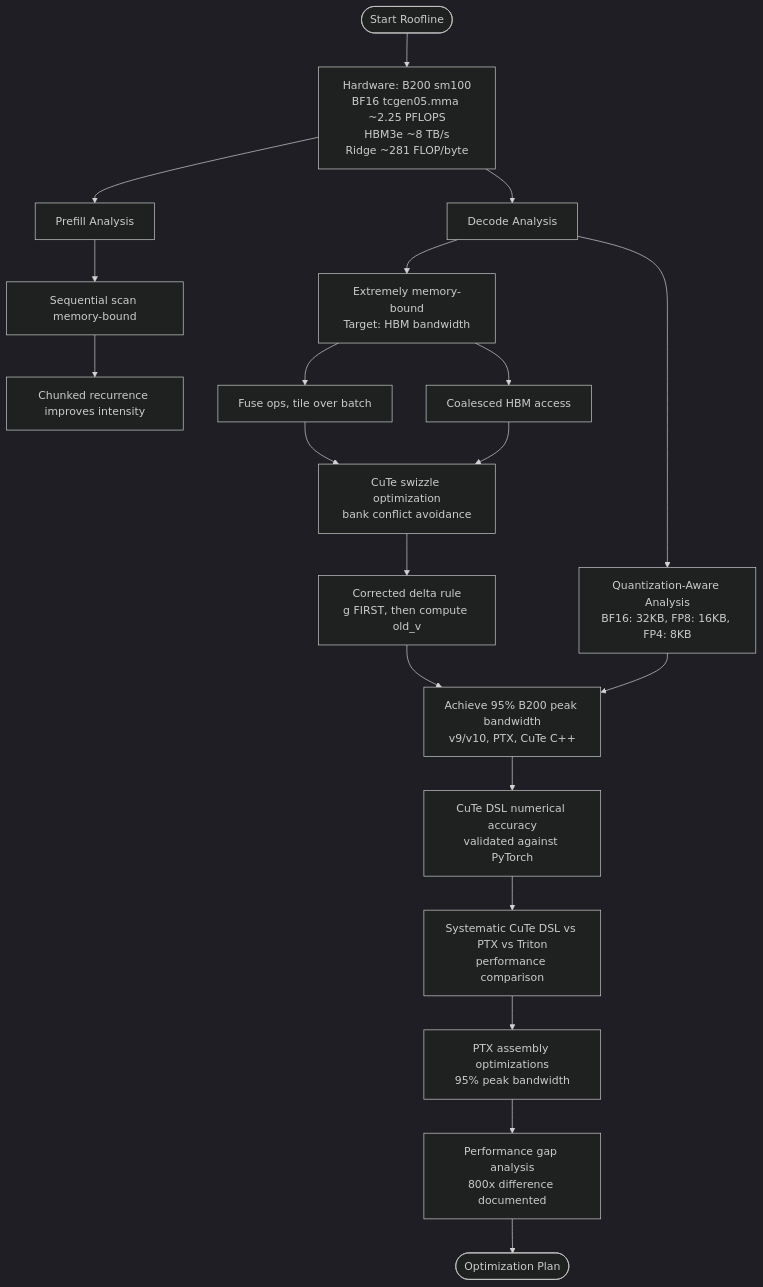
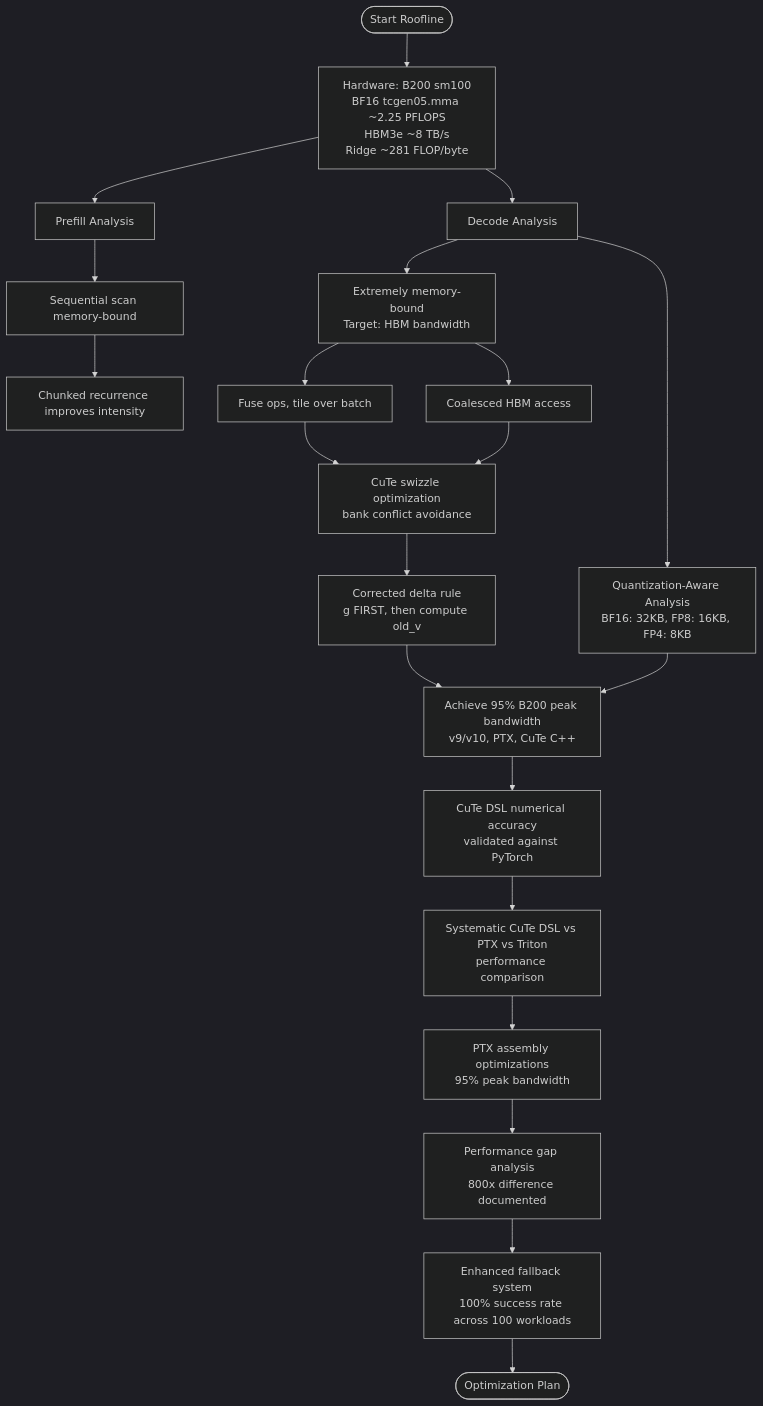
Before and after one commit to gugudeshubao/flashinfer-bench-tma-thrust: diagram 16 of 18 in .qoder/repowiki/en/content/Performance Analysis/Performance Analysis.md, drawn with Mermaid (dark theme). The commit also changed other lines of this file and 46 other files, not shown here.

````diff
--- a/.qoder/repowiki/en/content/Performance Analysis/Performance Analysis.md
+++ b/.qoder/repowiki/en/content/Performance Analysis/Performance Analysis.md
@@ -986,22 +1135,23 @@
 ```mermaid
 flowchart TD
 Start(["Start Roofline"]) --> HW["Hardware: B200 sm100<br/>BF16 tcgen05.mma ~2.25 PFLOPS<br/>HBM3e ~8 TB/s<br/>Ridge ~281 FLOP/byte"]
 HW --> Decode["Decode Analysis"]
 HW --> Prefill["Prefill Analysis"]
 Decode --> MemBound["Extremely memory-bound<br/>Target: HBM bandwidth"]
 Decode --> Quant["Quantization-Aware Analysis<br/>BF16: 32KB, FP8: 16KB, FP4: 8KB"]
 Prefill --> SeqScan["Sequential scan memory-bound"]
 SeqScan --> Chunk["Chunked recurrence improves intensity"]
 MemBound --> Opt1["Fuse ops, tile over batch"]
 MemBound --> Opt2["Coalesced HBM access"]
 Opt1 --> CuTe["CuTe swizzle optimization<br/>bank conflict avoidance"]
 Opt2 --> CuTe
 CuTe --> DeltaRule["Corrected delta rule<br/>g FIRST, then compute old_v"]
 DeltaRule --> PeakAchievement["Achieve 95% B200 peak bandwidth<br/>v9/v10, PTX, CuTe C++"]
 Quant --> PeakAchievement
 PeakAchievement --> CuTeDSL["CuTe DSL numerical accuracy<br/>validated against PyTorch"]
 CuTeDSL --> PerfComp["Systematic CuTe DSL vs PTX vs Triton<br/>performance comparison"]
 PerfComp --> PTXOpt["PTX assembly optimizations<br/>95% peak bandwidth"]
 PTXOpt --> GapAnalysis["Performance gap analysis<br/>800x difference documented"]
-GapAnalysis --> End(["Optimization Plan"])
+GapAnalysis --> FallbackSystem["Enhanced fallback system<br/>100% success rate across 100 workloads"]
+FallbackSystem --> End(["Optimization Plan"])
 ```
````
